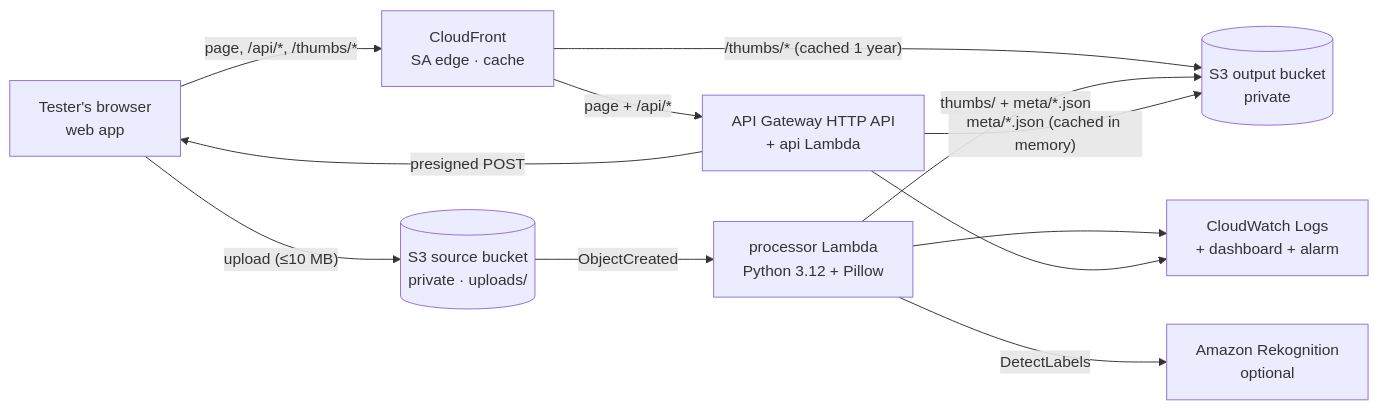
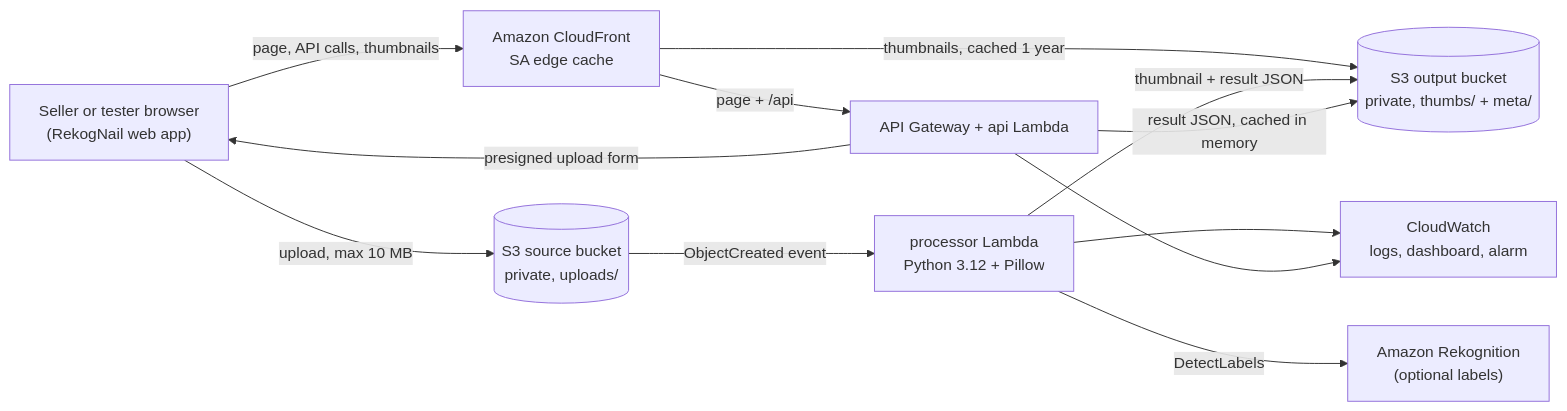
One commit to omoinjm/smartthumb-sa changed the diagram in README.md. Above: the diagram before and after it, drawn with Mermaid.

Commit message:
Fix architecture diagram not rendering on GitHub
Older Mermaid lexers rejected the unquoted apostrophe label and * in edge
labels. Declare nodes first with quoted labels, use |"..."| edge labels,
and avoid apostrophes and wildcards. Parses on Mermaid 9.4 through 11.12.

````diff
--- a/README.md
+++ b/README.md
@@ -17,13 +17,23 @@
 ```mermaid
 flowchart LR
-  U[Tester's browser<br/>web app] -- "page, /api/*, /thumbs/*" --> CF[CloudFront<br/>SA edge · cache]
-  CF -- "page + /api/*" --> API[API Gateway HTTP API<br/>+ api Lambda]
-  CF -- "/thumbs/* (cached 1 year)" --> OUT
-  API -- presigned POST --> U
-  U -- "upload (≤10 MB)" --> SRC[(S3 source bucket<br/>private · uploads/)]
-  SRC -- "ObjectCreated" --> P[processor Lambda<br/>Python 3.12 + Pillow]
-  P -- DetectLabels --> R[Amazon Rekognition<br/>optional]
-  P -- "thumbs/ + meta/*.json" --> OUT[(S3 output bucket<br/>private)]
-  API -- "meta/*.json (cached in memory)" --> OUT
-  P & API --> CW[CloudWatch Logs<br/>+ dashboard + alarm]
+  U["Seller or tester browser<br/>(RekogNail web app)"]
+  CF["Amazon CloudFront<br/>SA edge cache"]
+  API["API Gateway + api Lambda"]
+  SRC[("S3 source bucket<br/>private, uploads/")]
+  P["processor Lambda<br/>Python 3.12 + Pillow"]
+  R["Amazon Rekognition<br/>(optional labels)"]
+  OUT[("S3 output bucket<br/>private, thumbs/ + meta/")]
+  CW["CloudWatch<br/>logs, dashboard, alarm"]
+
+  U -->|"page, API calls, thumbnails"| CF
+  CF -->|"page + /api"| API
+  CF -->|"thumbnails, cached 1 year"| OUT
+  API -->|"presigned upload form"| U
+  U -->|"upload, max 10 MB"| SRC
+  SRC -->|"ObjectCreated event"| P
+  P -->|"DetectLabels"| R
+  P -->|"thumbnail + result JSON"| OUT
+  API -->|"result JSON, cached in memory"| OUT
+  P --> CW
+  API --> CW
 ```
````
